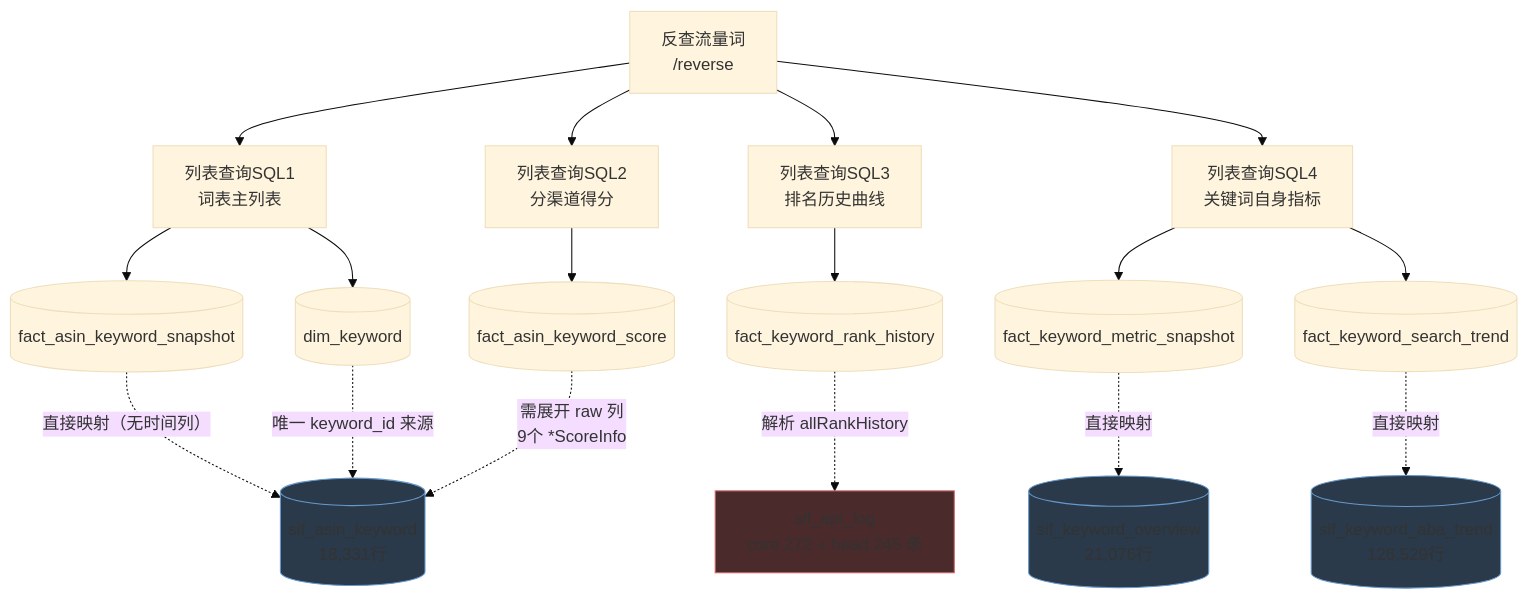
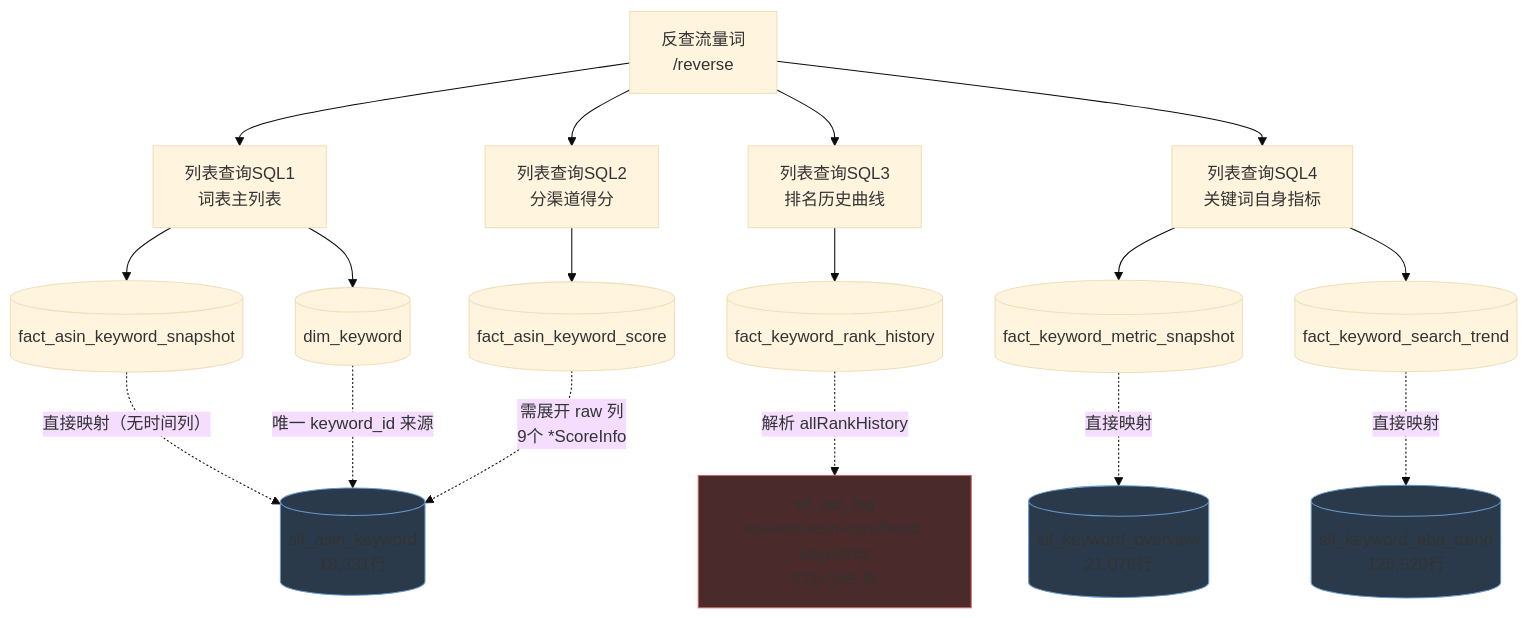
One commit to xiangge1208/looom changed the sixth of 11 diagrams in docs/MODULE_DATA_FLOW.md. Above: the diagram before and after it, drawn with Mermaid (base theme). The commit also changed other lines of this file and 68 other files, not shown here.

````diff
--- a/docs/MODULE_DATA_FLOW.md
+++ b/docs/MODULE_DATA_FLOW.md
@@ -599,29 +641,29 @@
 ```mermaid
 flowchart TD
     P["反查流量词<br/>/reverse"]
 
     P --> S1["列表查询SQL1<br/>词表主列表"]
     P --> S2["列表查询SQL2<br/>分渠道得分"]
     P --> S3["列表查询SQL3<br/>排名历史曲线"]
   P --> S4["列表查询SQL4<br/>关键词自身指标"]
 
     S1 --> T1[("fact_asin_keyword_snapshot")]
     S1 --> T2[("dim_keyword")]
     S2 --> T3[("fact_asin_keyword_score")]
     S3 --> T4[("fact_keyword_rank_history")]
     S4 --> T5[("fact_keyword_metric_snapshot")]
     S4 --> T6[("fact_keyword_search_trend")]
 
     %% ---------- PG 源层 ----------
     T1 -.->|"直接映射（无时间列）"| G1[("sif_asin_keyword<br/>18,331行")]
     T2 -.->|"唯一 keyword_id 来源"| G1
     T3 -.->|"需展开 raw 列<br/>9个 *ScoreInfo"| G1
-    T4 -.->|"解析 allRankHistory"| G2["sif_api_log<br/>core 272 + head 245 条"]
+    T4 -.->|"解析 allRankHistory"| G2["sif_api_log<br/>ep=web-asin-core/head-keywords<br/>272+245 条"]
     T5 -.->|"直接映射"| G3[("sif_keyword_overview<br/>21,076行")]
     T6 -.->|"直接映射"| G4[("sif_keyword_aba_trend<br/>126,529行")]
 
     style G1 fill:#2a3a4a,stroke:#69c
     style G3 fill:#2a3a4a,stroke:#69c
     style G4 fill:#2a3a4a,stroke:#69c
     style G2 fill:#4a2a2a,stroke:#c66
 ```
````
